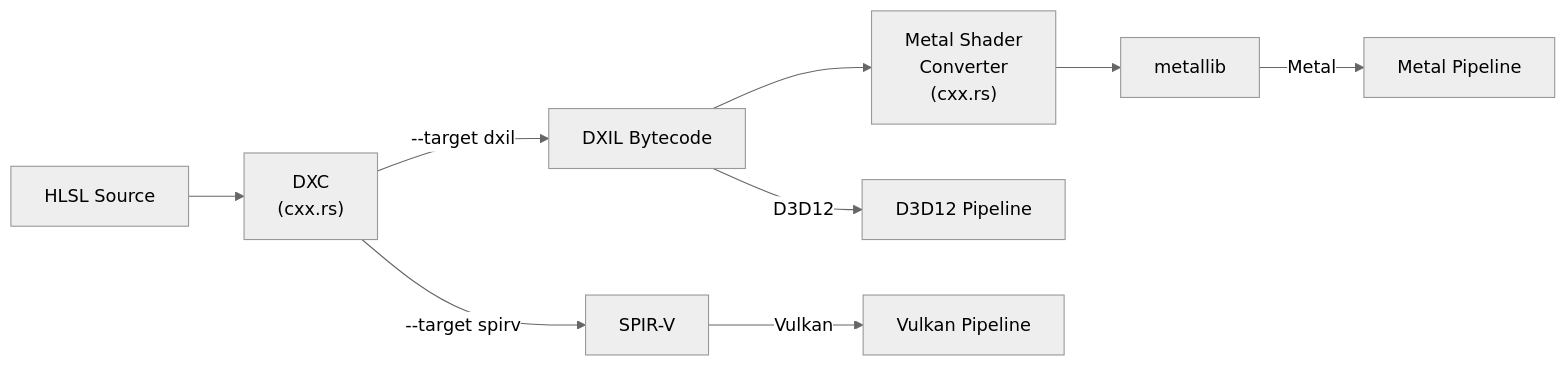
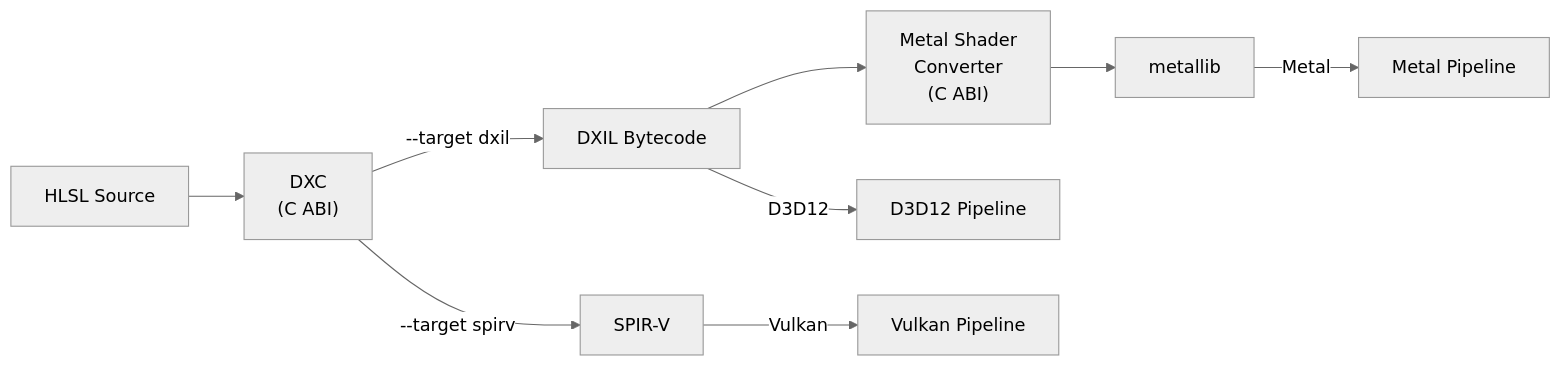
Before and after one commit to harmonius-dev/harmonius: the second of 10 diagrams in docs/design/rendering/gpu-abstraction.md, drawn with Mermaid (neutral theme). The commit also changed other lines of this file and 65 other files, not shown here.

First line of the commit message:
Replace cxx.rs with C ABI FFI across all docs

````diff
--- a/docs/design/rendering/gpu-abstraction.md
+++ b/docs/design/rendering/gpu-abstraction.md
@@ -198,13 +198,13 @@
 ```mermaid
 flowchart LR
-    HLSL["HLSL Source"] --> DXC["DXC\n(cxx.rs)"]
+    HLSL["HLSL Source"] --> DXC["DXC\n(C ABI)"]
     DXC -->|"--target dxil"| DXIL["DXIL Bytecode"]
     DXC -->|"--target spirv"| SPIRV["SPIR-V"]
 
-    DXIL --> MSC["Metal Shader\nConverter\n(cxx.rs)"]
+    DXIL --> MSC["Metal Shader\nConverter\n(C ABI)"]
     MSC --> METALLIB["metallib"]
 
     DXIL -->|D3D12| D3D12["D3D12 Pipeline"]
     SPIRV -->|Vulkan| VK["Vulkan Pipeline"]
     METALLIB -->|Metal| MTL["Metal Pipeline"]
 ```
````
